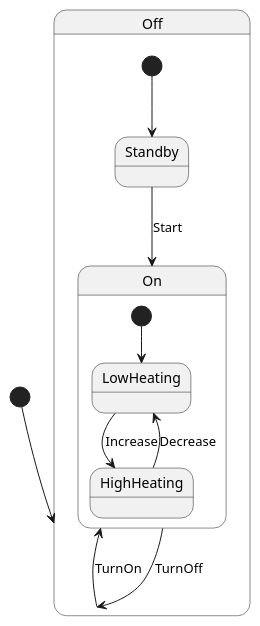
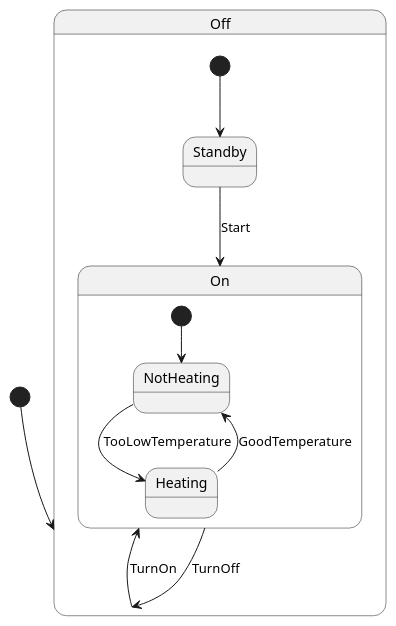
The diagram in diagrams/states/etats.puml (chauffapagnan/documentation), drawn with PlantUML before and after one commit.

```diff
--- a/diagrams/states/etats.puml
+++ b/diagrams/states/etats.puml
@@ -1,16 +1,16 @@
 @startuml
 [*] --> Off
 
 state Off {
   [*] --> Standby
   Standby --> On : Start
 }
 state On {
-  [*] --> LowHeating
-  LowHeating --> HighHeating : Increase
-  HighHeating --> LowHeating : Decrease
+  [*] --> NotHeating
+  Heating --> NotHeating : GoodTemperature
+  NotHeating --> Heating : TooLowTemperature
 }
 
 Off --> On : TurnOn
 On --> Off : TurnOff
 @enduml
```
